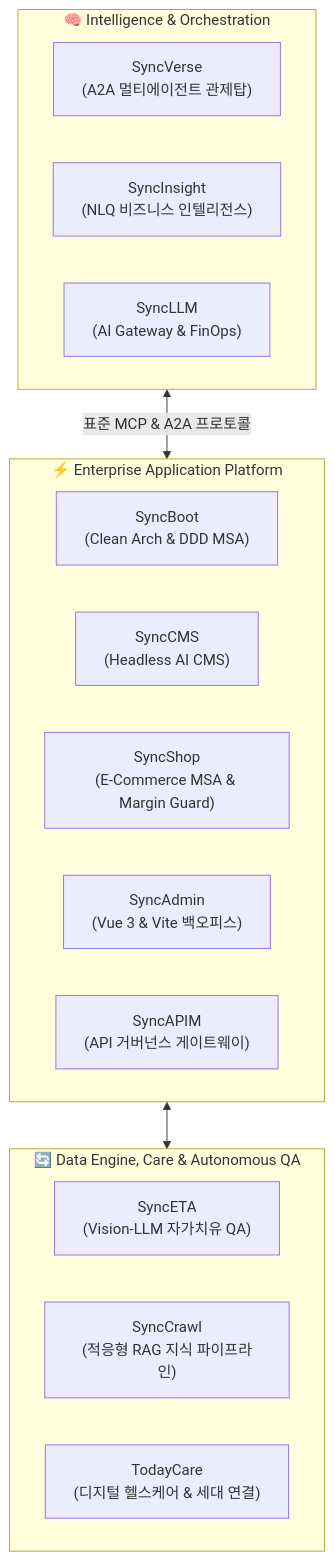
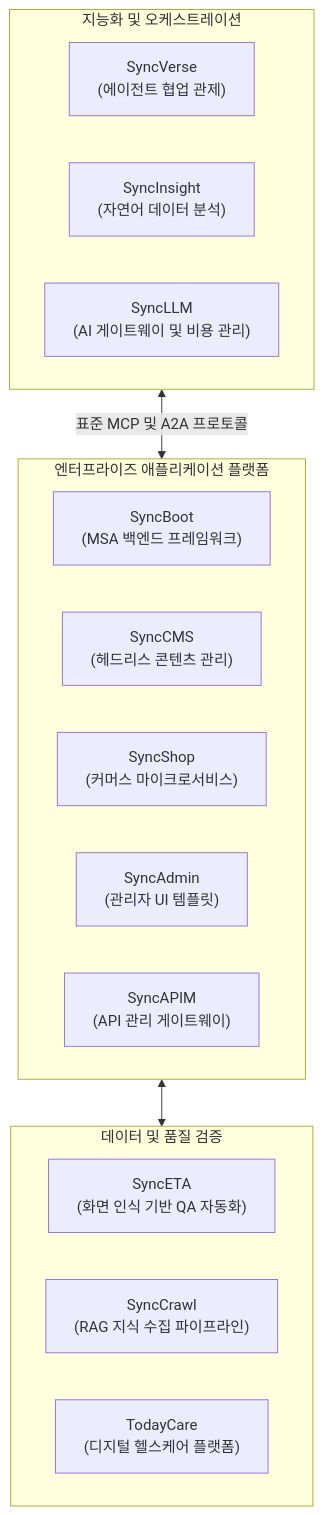
Before and after one commit to DramaticCollaboration/.github: the diagram in profile/README.md, drawn with Mermaid. The commit also changed other lines of this file and 5 other files, not shown here.

````diff
--- a/profile/README.md
+++ b/profile/README.md
@@ -25,25 +26,25 @@
 ```mermaid
 flowchart TD
-    subgraph Intelligence ["🧠 Intelligence & Orchestration"]
-        SV["SyncVerse<br/>(A2A 멀티에이전트 관제탑)"]
-        SI["SyncInsight<br/>(NLQ 비즈니스 인텔리전스)"]
-        SL["SyncLLM<br/>(AI Gateway & FinOps)"]
+    subgraph Intelligence ["지능화 및 오케스트레이션"]
+        SV["SyncVerse<br/>(에이전트 협업 관제)"]
+        SI["SyncInsight<br/>(자연어 데이터 분석)"]
+        SL["SyncLLM<br/>(AI 게이트웨이 및 비용 관리)"]
     end
 
-    subgraph Platform ["⚡ Enterprise Application Platform"]
-        SB["SyncBoot<br/>(Clean Arch & DDD MSA)"]
-        SC["SyncCMS<br/>(Headless AI CMS)"]
-        SH["SyncShop<br/>(E-Commerce MSA & Margin Guard)"]
-        SA["SyncAdmin<br/>(Vue 3 & Vite 백오피스)"]
-        AP["SyncAPIM<br/>(API 거버넌스 게이트웨이)"]
+    subgraph Platform ["엔터프라이즈 애플리케이션 플랫폼"]
+        SB["SyncBoot<br/>(MSA 백엔드 프레임워크)"]
+        SC["SyncCMS<br/>(헤드리스 콘텐츠 관리)"]
+        SH["SyncShop<br/>(커머스 마이크로서비스)"]
+        SA["SyncAdmin<br/>(관리자 UI 템플릿)"]
+        AP["SyncAPIM<br/>(API 관리 게이트웨이)"]
     end
 
-    subgraph DataQA ["🔄 Data Engine, Care & Autonomous QA"]
-        SE["SyncETA<br/>(Vision-LLM 자가치유 QA)"]
-        CR["SyncCrawl<br/>(적응형 RAG 지식 파이프라인)"]
-        TC["TodayCare<br/>(디지털 헬스케어 & 세대 연결)"]
+    subgraph DataQA ["데이터 및 품질 검증"]
+        SE["SyncETA<br/>(화면 인식 기반 QA 자동화)"]
+        CR["SyncCrawl<br/>(RAG 지식 수집 파이프라인)"]
+        TC["TodayCare<br/>(디지털 헬스케어 플랫폼)"]
     end
 
-    Intelligence <-->|표준 MCP & A2A 프로토콜| Platform
+    Intelligence <-->|표준 MCP 및 A2A 프로토콜| Platform
     Platform <--> DataQA
 ```
````
